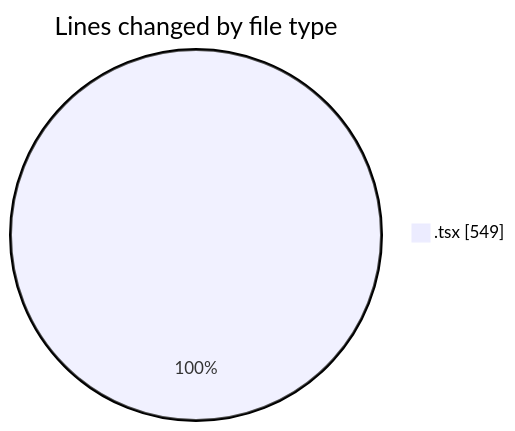
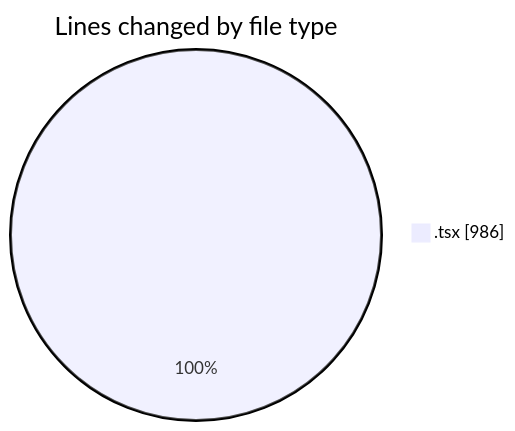
Before and after one commit to momahboobian/code-tracking: the first of 2 diagrams in 2026-04-23/cda/README.md, drawn with Mermaid. The commit also changed other lines of this file and 1 other file, not shown here.

````diff
--- a/2026-04-23/cda/README.md
+++ b/2026-04-23/cda/README.md
@@ -25,5 +25,5 @@
 ```mermaid
 pie showData
 title Lines changed by file type
-".tsx" : 549
+".tsx" : 986
 ```
````
